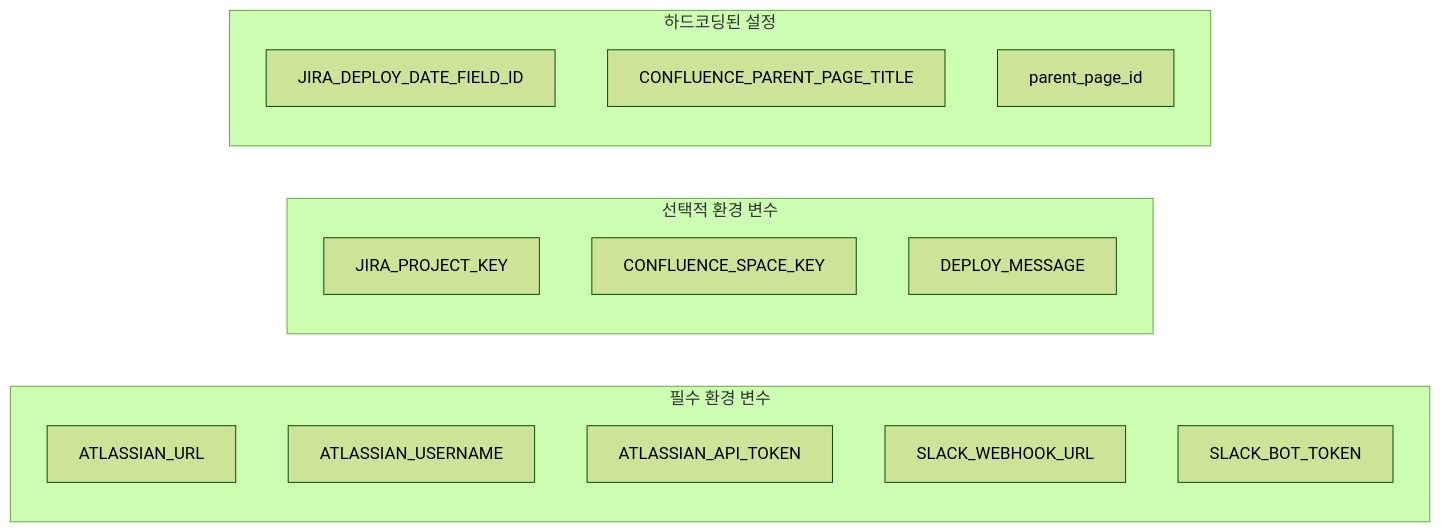
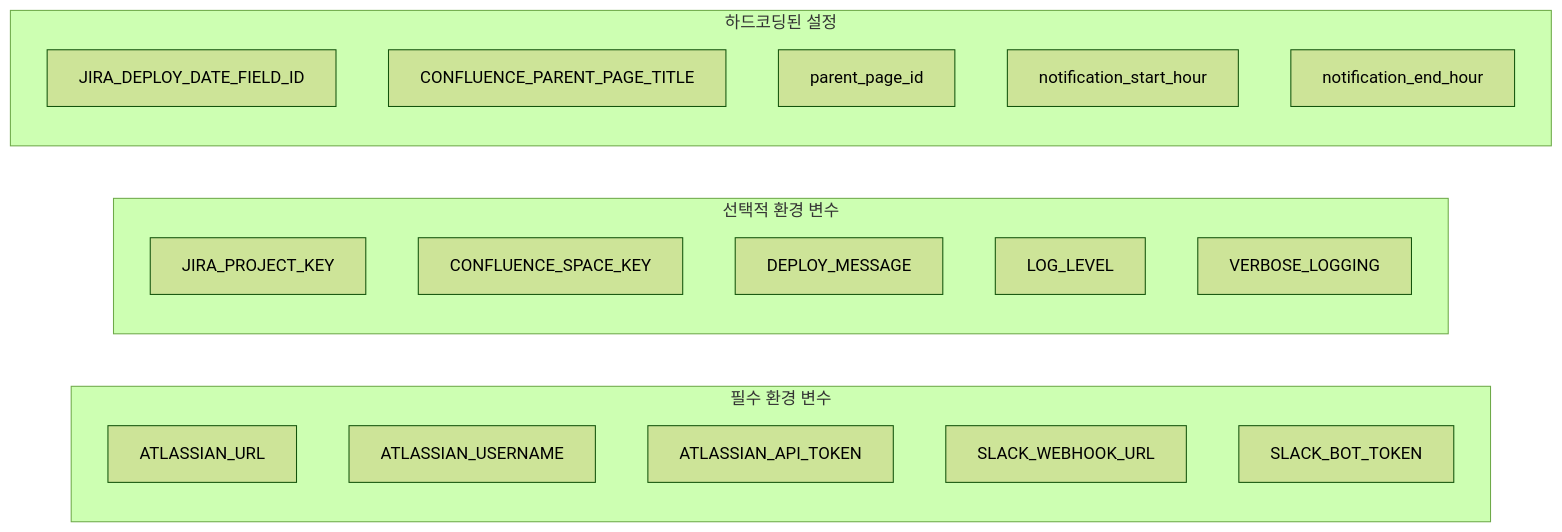
Diagram 11 of 16 in create_weekly_report_process_diagram.md (Opti-kjh/weekly-deploy-reporter), drawn with Mermaid (forest theme) before and after one commit. The commit also changed other lines of this file and 7 other files, not shown here.

````diff
--- a/create_weekly_report_process_diagram.md
+++ b/create_weekly_report_process_diagram.md
@@ -243,22 +301,26 @@
 ```mermaid
 graph LR
     subgraph "필수 환경 변수"
         A1[ATLASSIAN_URL]
         A2[ATLASSIAN_USERNAME]
         A3[ATLASSIAN_API_TOKEN]
         A4[SLACK_WEBHOOK_URL]
         A5[SLACK_BOT_TOKEN]
     end
     
     subgraph "선택적 환경 변수"
         B1[JIRA_PROJECT_KEY]
         B2[CONFLUENCE_SPACE_KEY]
         B3[DEPLOY_MESSAGE]
+        B4[LOG_LEVEL]
+        B5[VERBOSE_LOGGING]
     end
     
     subgraph "하드코딩된 설정"
         C1[JIRA_DEPLOY_DATE_FIELD_ID]
         C2[CONFLUENCE_PARENT_PAGE_TITLE]
         C3[parent_page_id]
+        C4[notification_start_hour]
+        C5[notification_end_hour]
     end
 ```
````
